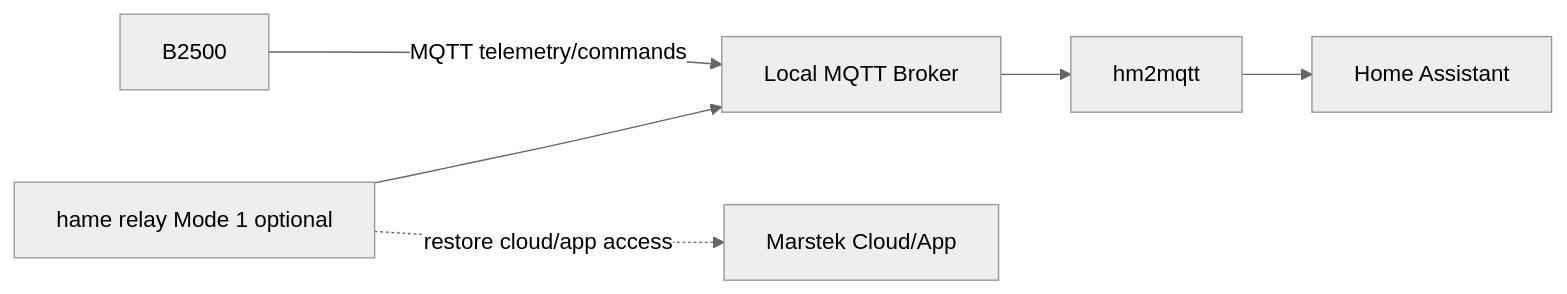
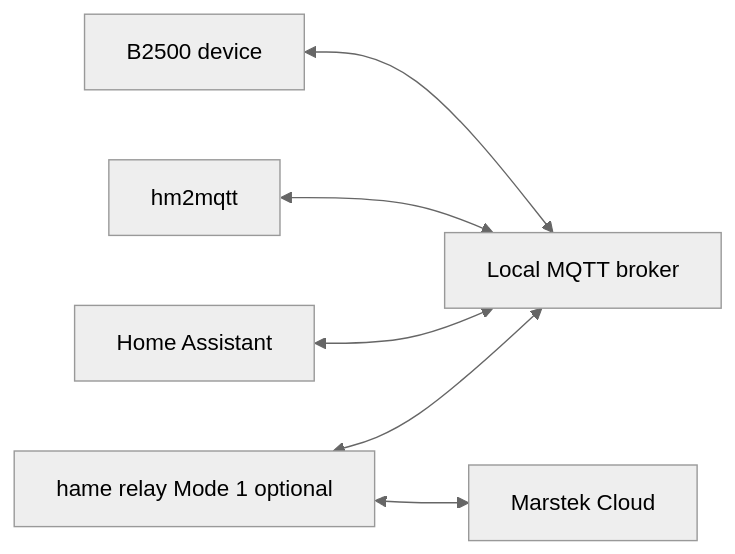
Before and after one commit to tomquist/hm2mqtt: the first of 2 diagrams in README.md, drawn with Mermaid (neutral theme). The commit also changed other lines of this file, not shown here.

Commit message:
docs: fix and correct architecture diagrams for both setup variants

````diff
--- a/README.md
+++ b/README.md
@@ -37,8 +37,8 @@
 ```mermaid
 flowchart LR
-    A[B2500] -->|MQTT telemetry/commands| B[Local MQTT Broker]
-    B --> C[hm2mqtt]
-    C --> D[Home Assistant]
-    F[hame relay Mode 1 optional] --> B
-    F -. restore cloud/app access .-> E[Marstek Cloud/App]
+    B2500[B2500 device] <--> Broker[Local MQTT broker]
+    HM2MQTT[hm2mqtt] <--> Broker
+    HA[Home Assistant] <--> Broker
+    Relay[hame relay Mode 1 optional] <--> Broker
+    Relay <--> Cloud[Marstek Cloud]
 ```
````
